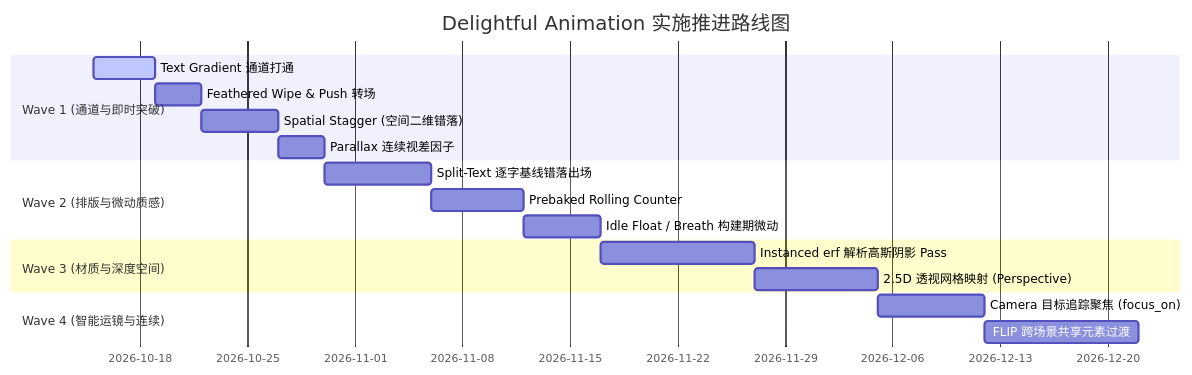
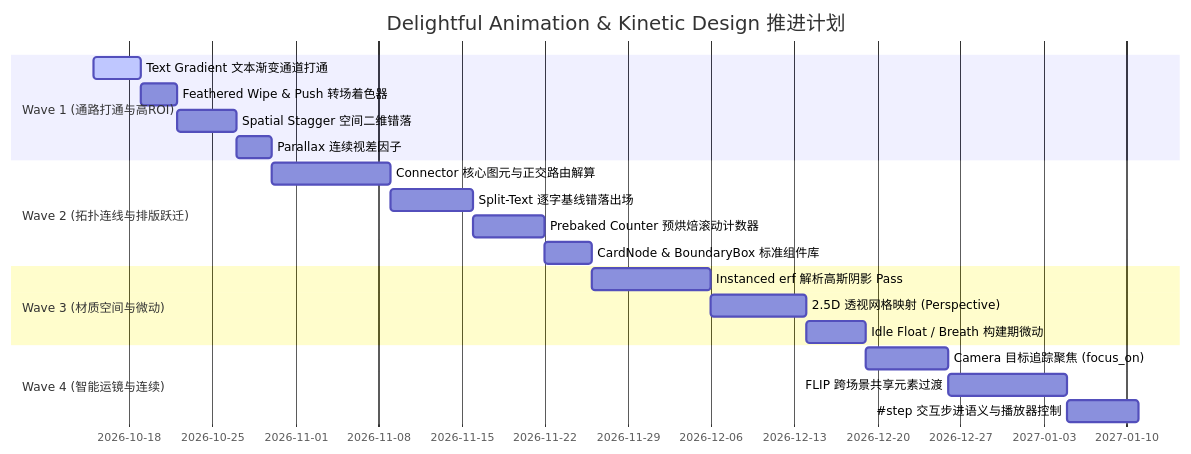
One commit to j4ger/animatix changed the second of 2 diagrams in docs/delightful_animation_plan.md. Above: the diagram before and after it, drawn with Mermaid. The commit also changed other lines of this file, not shown here.

Commit message:
docs(docs): refine kinetic design plan with three-tier abstraction and connectors

````diff
--- a/docs/delightful_animation_plan.md
+++ b/docs/delightful_animation_plan.md
@@ -225,20 +266,23 @@
 ```mermaid
 gantt
-    title Delightful Animation 实施推进路线图
+    title Delightful Animation & Kinetic Design 推进计划
     dateFormat  YYYY-MM-DD
-    section Wave 1 (通道与即时突破)
-    Text Gradient 通道打通          :active, w1_1, 2026-10-15, 4d
-    Feathered Wipe & Push 转场      :w1_2, after w1_1, 3d
-    Spatial Stagger (空间二维错落)   :w1_3, after w1_2, 5d
-    Parallax 连续视差因子            :w1_4, after w1_3, 3d
-    section Wave 2 (排版与微动质感)
-    Split-Text 逐字基线错落出场       :w2_1, after w1_4, 7d
-    Prebaked Rolling Counter        :w2_2, after w2_1, 6d
-    Idle Float / Breath 构建期微动  :w2_3, after w2_2, 5d
-    section Wave 3 (材质与深度空间)
-    Instanced erf 解析高斯阴影 Pass :w3_1, after w2_3, 10d
-    2.5D 透视网格映射 (Perspective) :w3_2, after w3_1, 8d
+    section Wave 1 (通路打通与高ROI)
+    Text Gradient 文本渐变通道打通       :active, w1_1, 2026-10-15, 4d
+    Feathered Wipe & Push 转场着色器     :w1_2, after w1_1, 3d
+    Spatial Stagger 空间二维错落         :w1_3, after w1_2, 5d
+    Parallax 连续视差因子                :w1_4, after w1_3, 3d
+    section Wave 2 (拓扑连线与排版跃迁)
+    Connector 核心图元与正交路由解算     :w2_1, after w1_4, 10d
+    Split-Text 逐字基线错落出场         :w2_2, after w2_1, 7d
+    Prebaked Counter 预烘焙滚动计数器   :w2_3, after w2_2, 6d
+    CardNode & BoundaryBox 标准组件库    :w2_4, after w2_3, 4d
+    section Wave 3 (材质空间与微动)
+    Instanced erf 解析高斯阴影 Pass     :w3_1, after w2_4, 10d
+    2.5D 透视网格映射 (Perspective)     :w3_2, after w3_1, 8d
+    Idle Float / Breath 构建期微动      :w3_3, after w3_2, 5d
     section Wave 4 (智能运镜与连续)
-    Camera 目标追踪聚焦 (focus_on)  :w4_1, after w3_2, 7d
-    FLIP 跨场景共享元素过渡          :w4_2, after w4_1, 10d
+    Camera 目标追踪聚焦 (focus_on)      :w4_1, after w3_3, 7d
+    FLIP 跨场景共享元素过渡              :w4_2, after w4_1, 10d
+    #step 交互步进语义与播放器控制       :w4_3, after w4_2, 6d
 ```
````
